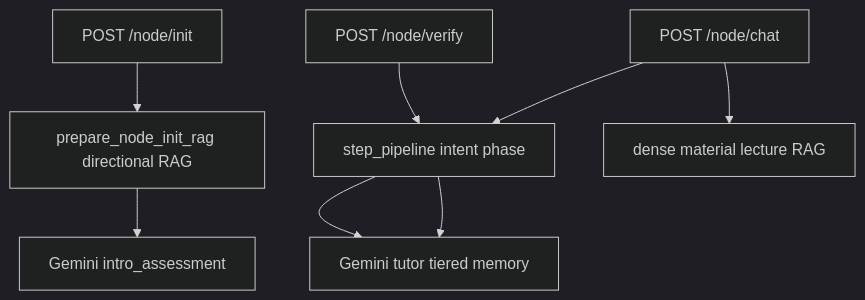
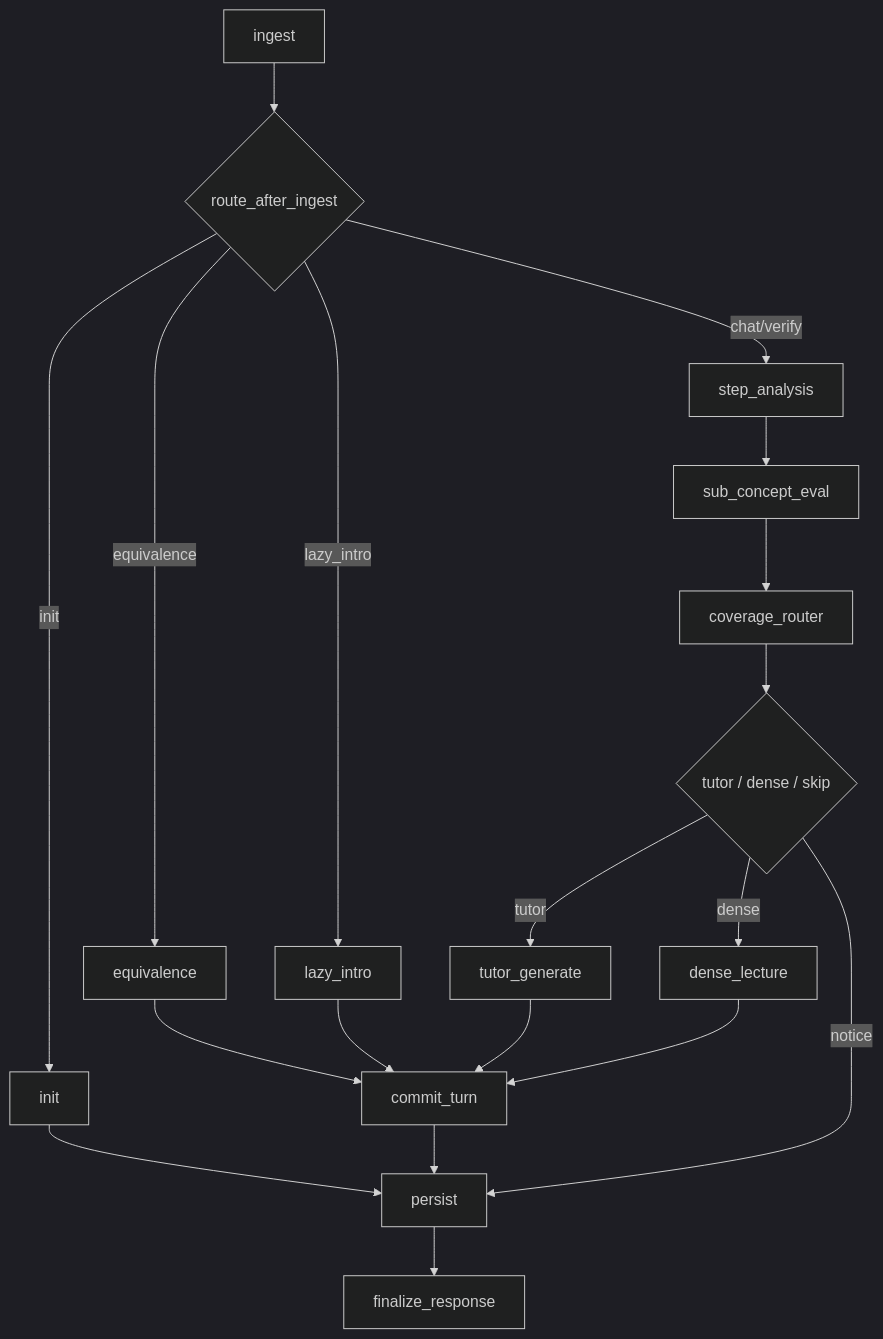
One commit to 6Artem6/REsearch changed the seventh of 7 diagrams in knowledge_engine/docs/TUTOR_PIPELINES.md. Above: the diagram before and after it, drawn with Mermaid (dark theme). The commit also changed other lines of this file and 15 other files, not shown here.

Commit message:
docs: update architecture runbooks, RAG contexts, and source pools

````diff
--- a/knowledge_engine/docs/TUTOR_PIPELINES.md
+++ b/knowledge_engine/docs/TUTOR_PIPELINES.md
@@ -299,16 +311,27 @@
 ```mermaid
-flowchart TB
-  Init["POST /node/init"]
-  RAG["prepare_node_init_rag directional RAG"]
-  Intro["Gemini intro_assessment"]
-  Chat["POST /node/chat"]
-  Pipe["step_pipeline intent phase"]
-  Tutor["Gemini tutor tiered memory"]
-  Verify["POST /node/verify"]
-  Dense["dense material lecture RAG"]
+flowchart TD
+  ingest["ingest"]
+  routeIn{"route_after_ingest"}
+  init["init"]
+  equiv["equivalence"]
+  lazy["lazy_intro"]
+  step["step_analysis"]
+  eval["sub_concept_eval"]
+  router["coverage_router"]
+  routeOut{"tutor / dense / skip"}
+  tutor["tutor_generate"]
+  dense["dense_lecture"]
+  commit["commit_turn"]
+  persist["persist"]
+  fin["finalize_response"]
 
-  Init --> RAG --> Intro
-  Chat --> Pipe --> Tutor
-  Verify --> Pipe --> Tutor
-  Chat --> Dense
+  ingest --> routeIn
+  routeIn -->|init| init --> persist
+  routeIn -->|equivalence| equiv --> commit
+  routeIn -->|lazy_intro| lazy --> commit
+  routeIn -->|chat/verify| step --> eval --> router --> routeOut
+  routeOut -->|tutor| tutor --> commit
+  routeOut -->|dense| dense --> commit
+  routeOut -->|notice| persist
+  commit --> persist --> fin
 ```
````
